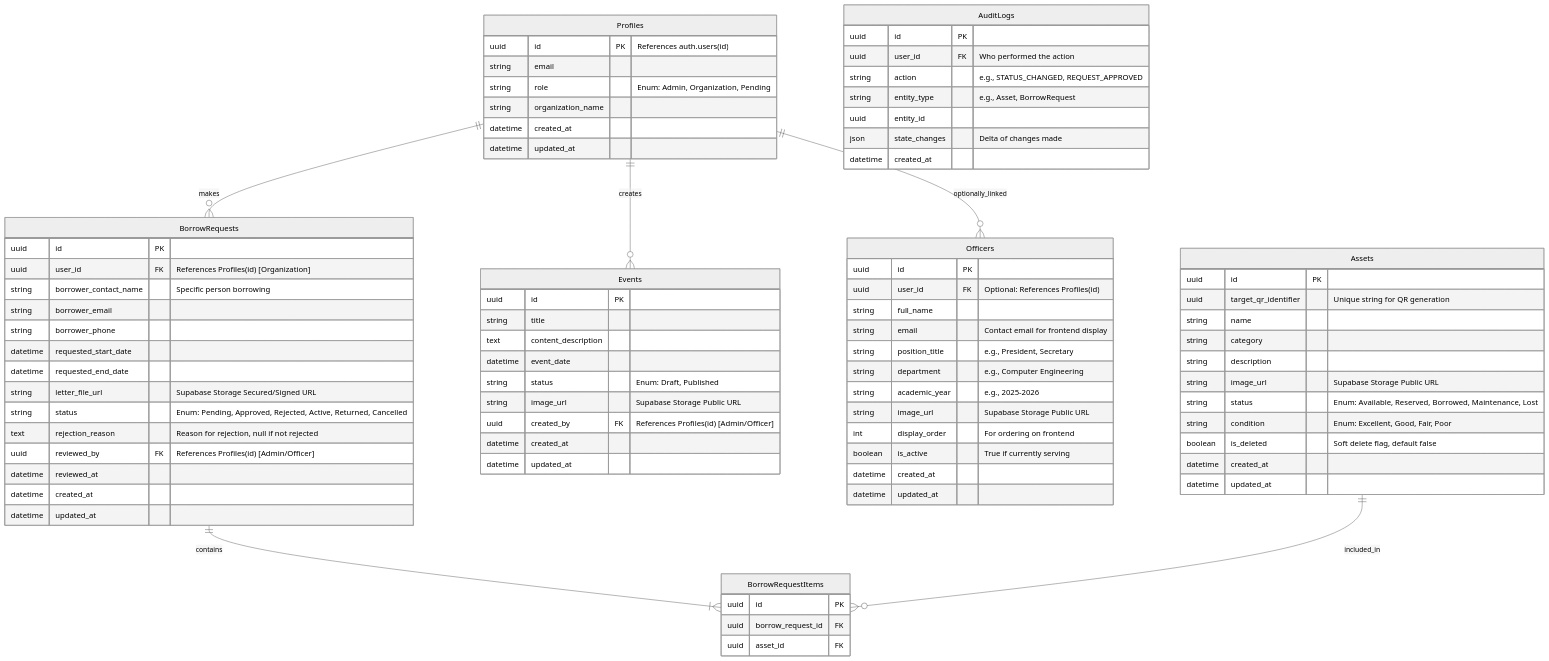
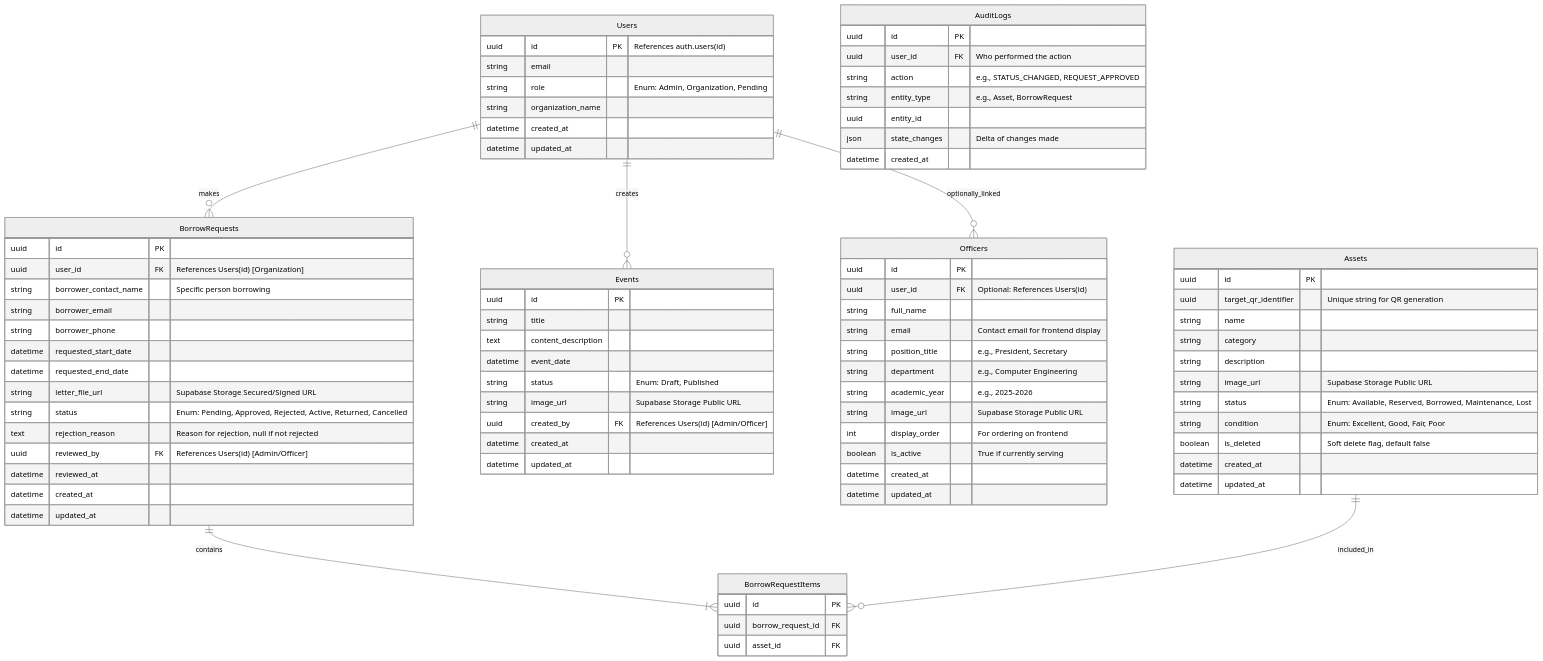
One commit to geraldsberongoy/ACCESS-WEB changed the diagram in docs/backend/ERD.md. Above: the diagram before and after it, drawn with Mermaid (neutral theme). The commit also changed other lines of this file and 1 other file, not shown here.

Commit message:
docs: rename Profiles back to Users per user request

````diff
--- a/docs/backend/ERD.md
+++ b/docs/backend/ERD.md
@@ -8,12 +8,12 @@
 ```mermaid
 erDiagram
-    Profiles ||--o{ BorrowRequests : "makes"
-    Profiles ||--o{ Events : "creates"
-    Profiles ||--o{ Officers : "optionally_linked"
+    Users ||--o{ BorrowRequests : "makes"
+    Users ||--o{ Events : "creates"
+    Users ||--o{ Officers : "optionally_linked"
     BorrowRequests ||--|{ BorrowRequestItems : "contains"
     Assets ||--o{ BorrowRequestItems : "included_in"
 
-    Profiles {
+    Users {
         uuid id PK "References auth.users(id)"
         string email
         string role "Enum: Admin, Organization, Pending"
@@ -43,14 +43,14 @@
         datetime event_date
         string status "Enum: Draft, Published"
         string image_url "Supabase Storage Public URL"
-        uuid created_by FK "References Profiles(id) [Admin/Officer]"
+        uuid created_by FK "References Users(id) [Admin/Officer]"
         datetime created_at
         datetime updated_at
     }
 
     Officers {
         uuid id PK
-        uuid user_id FK "Optional: References Profiles(id)"
+        uuid user_id FK "Optional: References Users(id)"
         string full_name
         string email "Contact email for frontend display"
         string position_title "e.g., President, Secretary"
@@ -65,7 +65,7 @@
 
     BorrowRequests {
         uuid id PK
-        uuid user_id FK "References Profiles(id) [Organization]"
+        uuid user_id FK "References Users(id) [Organization]"
         string borrower_contact_name "Specific person borrowing"
         string borrower_email
         string borrower_phone
@@ -74,7 +74,7 @@
         string letter_file_url "Supabase Storage Secured/Signed URL"
         string status "Enum: Pending, Approved, Rejected, Active, Returned, Cancelled"
         text rejection_reason "Reason for rejection, null if not rejected"
-        uuid reviewed_by FK "References Profiles(id) [Admin/Officer]"
+        uuid reviewed_by FK "References Users(id) [Admin/Officer]"
         datetime reviewed_at
         datetime created_at
         datetime updated_at
````
